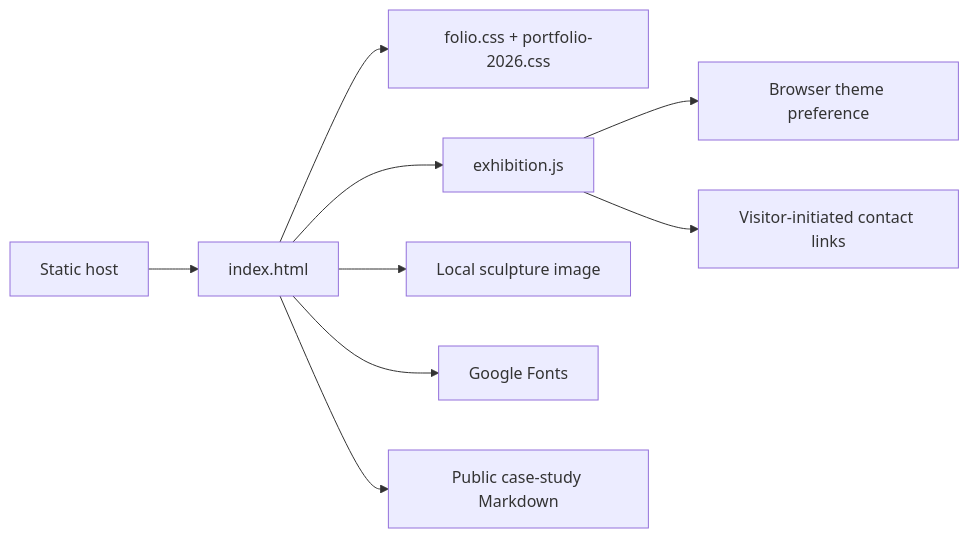
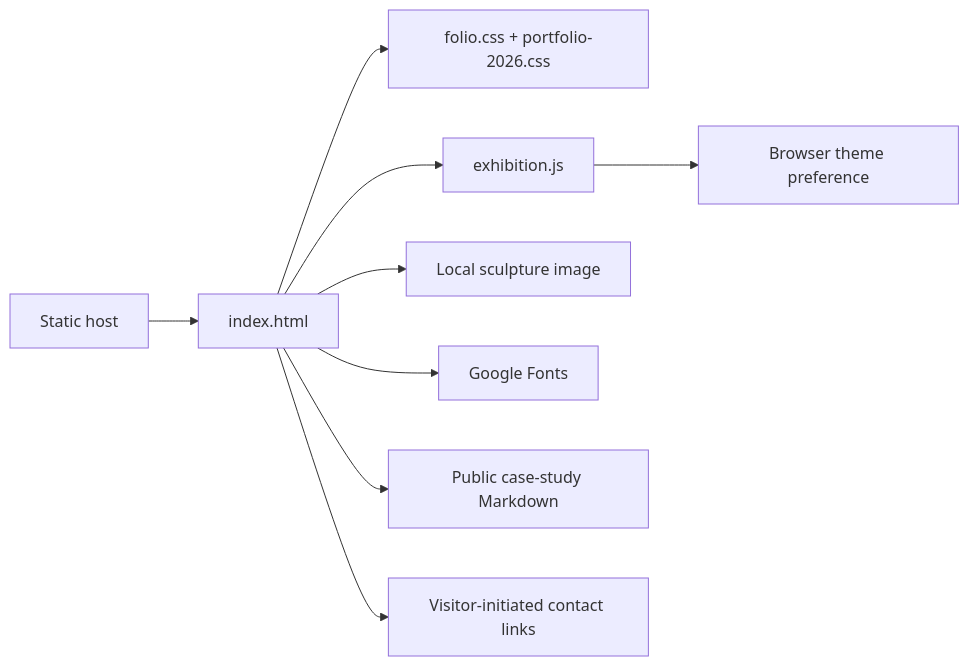
Before and after one commit to asadabbas717/asadabbas717.github.io: the diagram in docs/architecture.md, drawn with Mermaid. The commit also changed other lines of this file and 19 other files, not shown here.

````diff
--- a/docs/architecture.md
+++ b/docs/architecture.md
@@ -10,11 +10,11 @@
 ```mermaid
 flowchart LR
     Host[Static host] --> HTML[index.html]
     HTML --> CSS[folio.css + portfolio-2026.css]
     HTML --> JS[exhibition.js]
     HTML --> Art[Local sculpture image]
     HTML --> Fonts[Google Fonts]
     JS --> Preference[Browser theme preference]
     HTML --> Showcase[Public case-study Markdown]
-    JS --> Links[Visitor-initiated contact links]
+    HTML --> Links[Visitor-initiated contact links]
 ```
````
